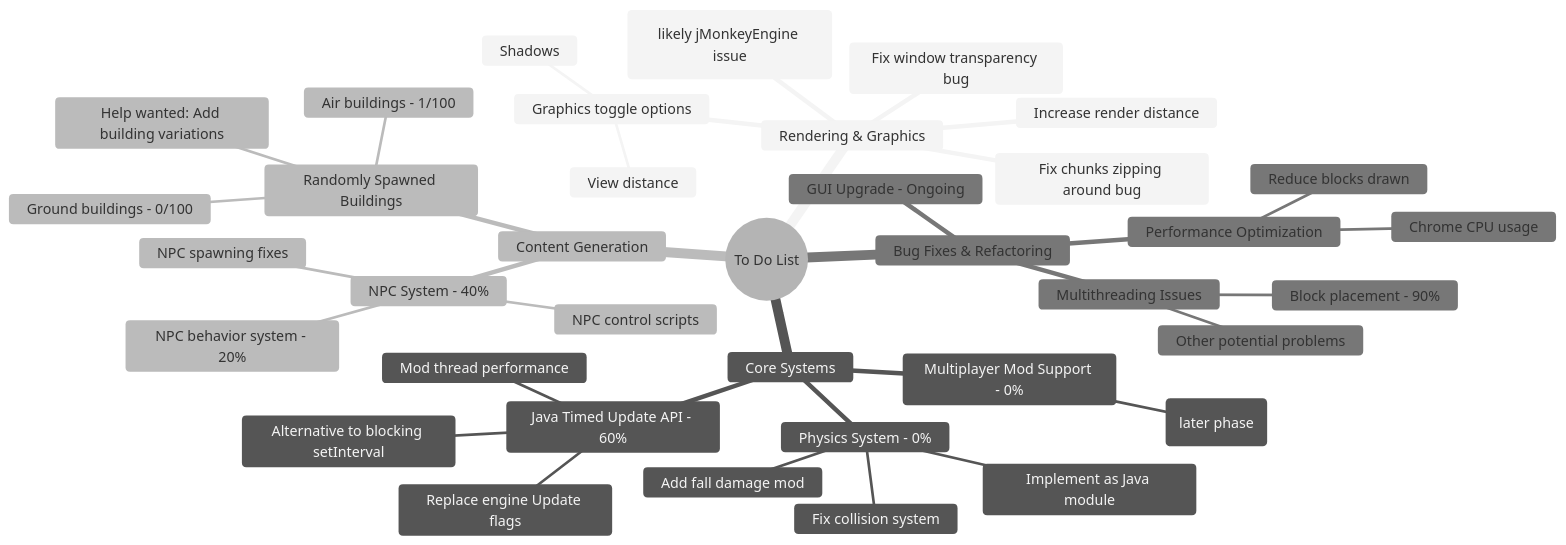
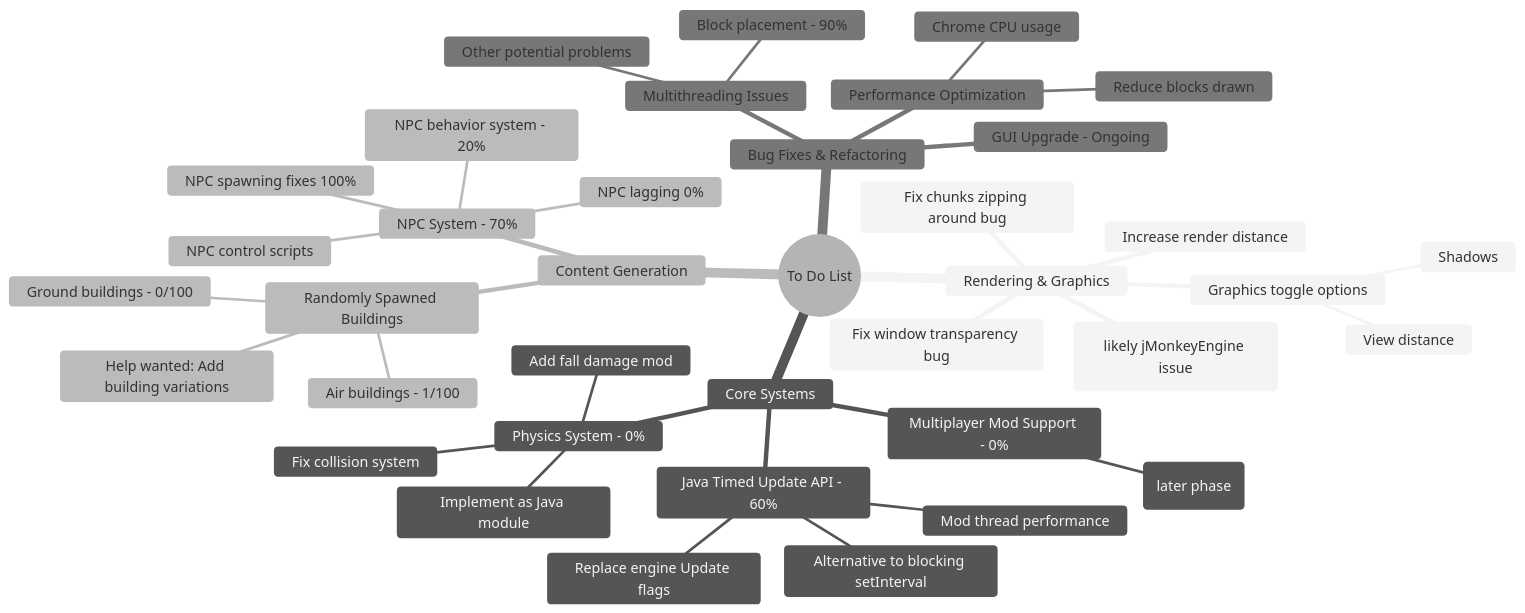
Before and after one commit to OxillenGlow/MtSharpGrain: the diagram in README.md, drawn with Mermaid (neutral theme). The commit also changed 2 other files, not shown here.

Commit message:
New setInterval stuff fully works, old "Update" stuff will now be converted and API docs updated accordingly

````diff
--- a/README.md
+++ b/README.md
@@ -109,40 +109,41 @@
 ```mermaid
 mindmap
   root((To Do List))
     Rendering & Graphics
       Shadow renderer bug (likely jMonkeyEngine issue)
       Graphics toggle options
         View distance
         Shadows
       Increase render distance
       Fix window transparency bug
       Fix chunks zipping around bug
     Core Systems
       Java Timed Update API - 60%
         Replace engine Update flags
         Mod thread performance
         Alternative to blocking setInterval
       Physics System - 0%
         Implement as Java module
         Fix collision system
         Add fall damage mod
       Multiplayer Mod Support - 0%
         Real multiplayer (later phase)
     Content Generation
       Randomly Spawned Buildings
         Ground buildings - 0/100
         Air buildings - 1/100
         Help wanted: Add building variations
-      NPC System - 40%
-        NPC spawning fixes
+      NPC System - 70%
+        NPC spawning fixes 100%
         NPC behavior system - 20%
         NPC control scripts
+        NPC lagging 0%
     Bug Fixes & Refactoring
       Multithreading Issues
         Block placement - 90%
         Other potential problems
       Performance Optimization
         Reduce blocks drawn
         Chrome CPU usage
       GUI Upgrade - Ongoing
 ```
````
